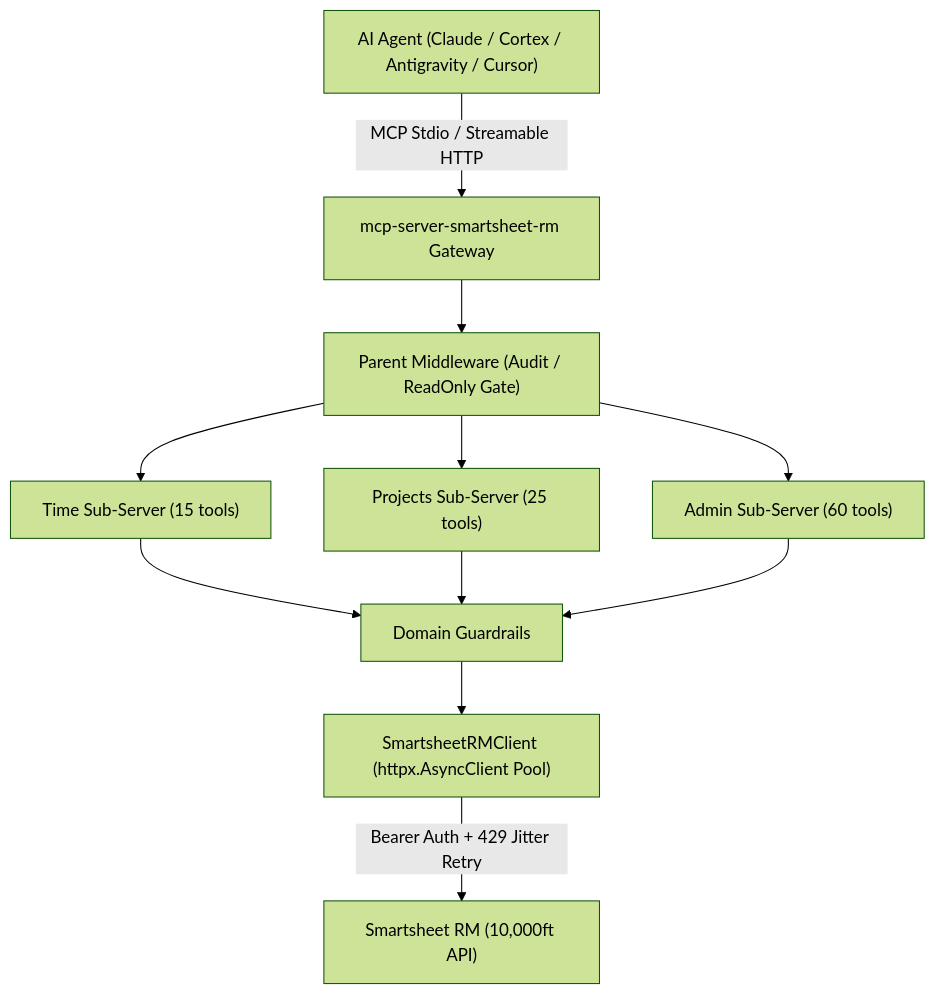
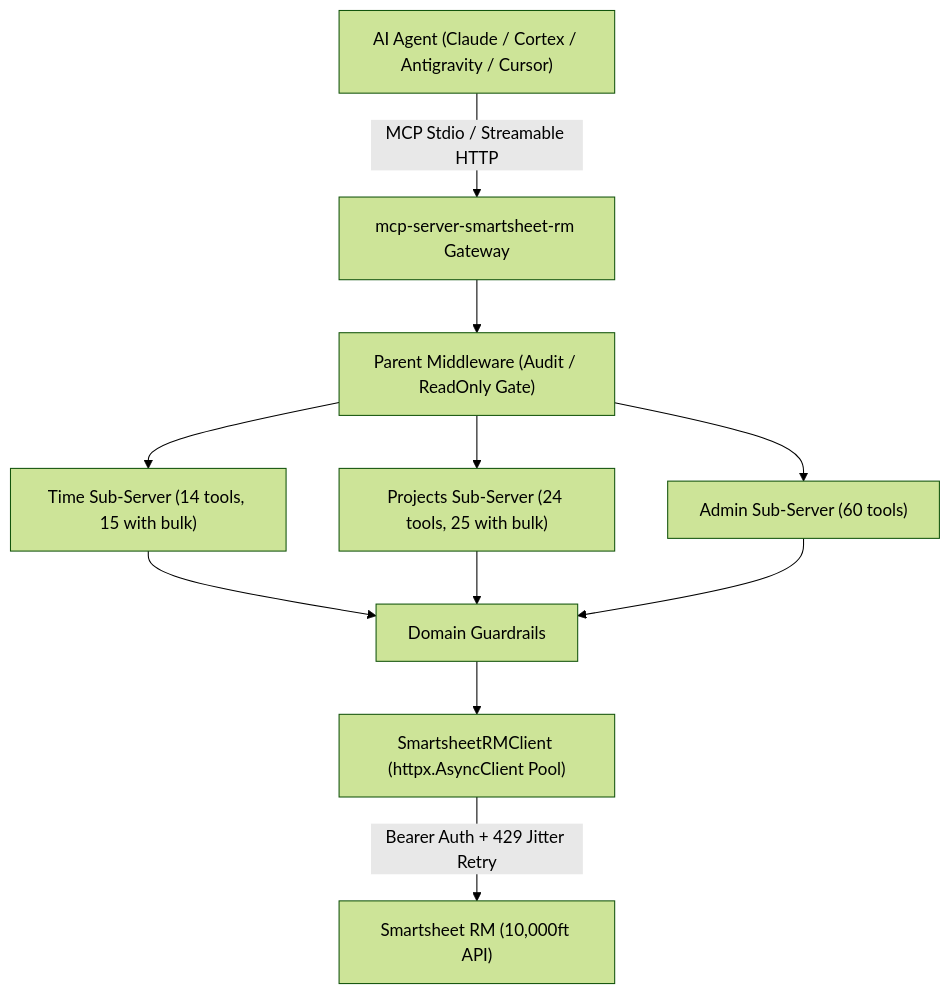
Before and after one commit to christianclaudio/mcp-server-smartsheet-rm: the diagram in README.md, drawn with Mermaid (forest theme). The commit also changed 12 other files, not shown here.

````diff
--- a/README.md
+++ b/README.md
@@ -18,13 +18,13 @@
 ```mermaid
 graph TD
     Client["AI Agent (Claude / Cortex / Antigravity / Cursor)"] -->|"MCP Stdio / Streamable HTTP"| Server["mcp-server-smartsheet-rm Gateway"]
     Server --> Middle["Parent Middleware (Audit / ReadOnly Gate)"]
-    Middle --> SubTime["Time Sub-Server (15 tools)"]
-    Middle --> SubProj["Projects Sub-Server (25 tools)"]
+    Middle --> SubTime["Time Sub-Server (14 tools, 15 with bulk)"]
+    Middle --> SubProj["Projects Sub-Server (24 tools, 25 with bulk)"]
     Middle --> SubAdmin["Admin Sub-Server (60 tools)"]
     SubTime --> Guards["Domain Guardrails"]
     SubProj --> Guards
     SubAdmin --> Guards
     Guards --> ClientPool["SmartsheetRMClient (httpx.AsyncClient Pool)"]
     ClientPool -->|"Bearer Auth + 429 Jitter Retry"| API["Smartsheet RM (10,000ft API)"]
 ```
````
